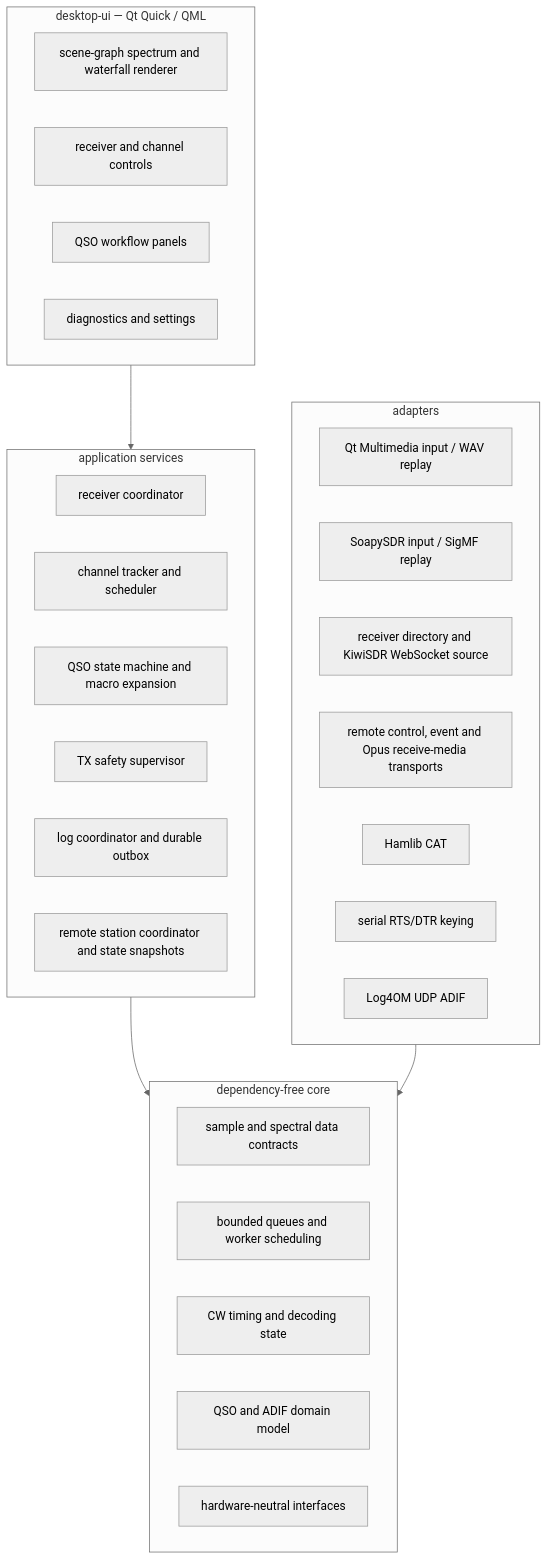
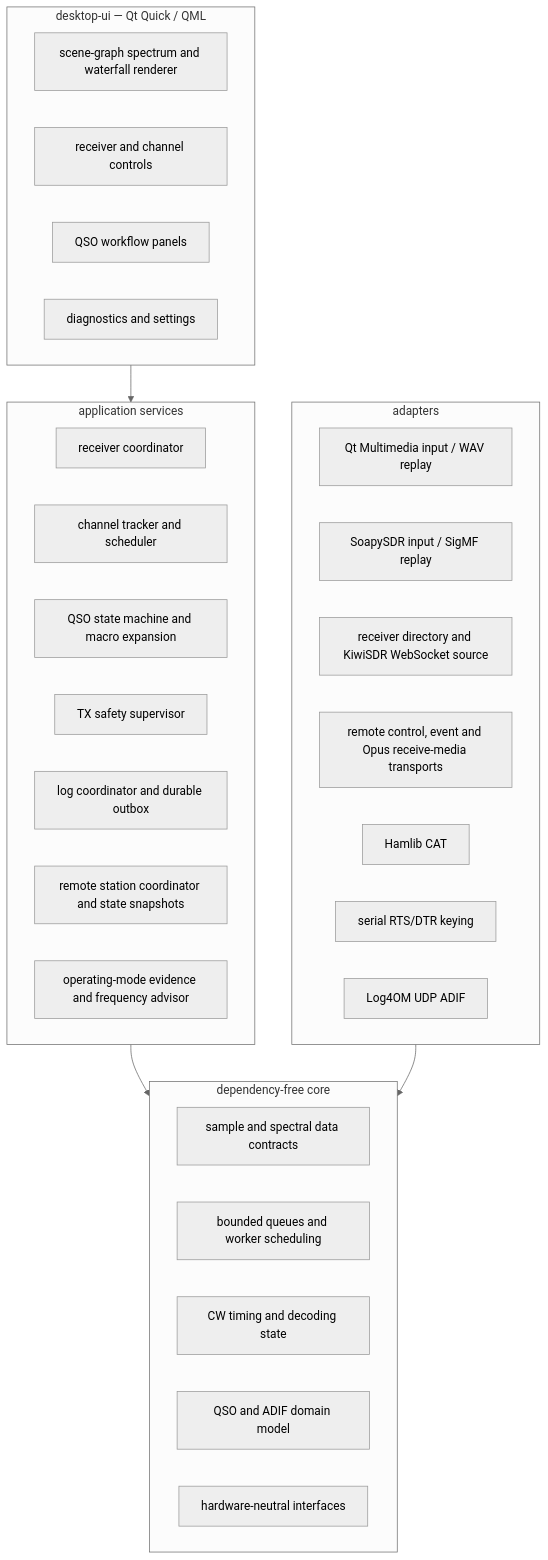
The first of 4 diagrams in docs/architecture.md (alessiobravi/CW-Assistant), drawn with Mermaid (neutral theme) before and after one commit. The commit also changed other lines of this file and 16 other files, not shown here.

````diff
--- a/docs/architecture.md
+++ b/docs/architecture.md
@@ -5,35 +5,36 @@
 ```mermaid
 flowchart TB
   subgraph UI["desktop-ui — Qt Quick / QML"]
     U1["scene-graph spectrum and waterfall renderer"]
     U2["receiver and channel controls"]
     U3["QSO workflow panels"]
     U4["diagnostics and settings"]
   end
   subgraph SVC["application services"]
     S1["receiver coordinator"]
     S2["channel tracker and scheduler"]
     S3["QSO state machine and macro expansion"]
     S4["TX safety supervisor"]
     S5["log coordinator and durable outbox"]
     S6["remote station coordinator and state snapshots"]
+    S7["operating-mode evidence and frequency advisor"]
   end
   subgraph CORE["dependency-free core"]
     C1["sample and spectral data contracts"]
     C2["bounded queues and worker scheduling"]
     C3["CW timing and decoding state"]
     C4["QSO and ADIF domain model"]
     C5["hardware-neutral interfaces"]
   end
   subgraph ADP["adapters"]
     A1["Qt Multimedia input / WAV replay"]
     A2["SoapySDR input / SigMF replay"]
     A3["receiver directory and KiwiSDR WebSocket source"]
     A4["remote control, event and Opus receive-media transports"]
     A5["Hamlib CAT"]
     A6["serial RTS/DTR keying"]
     A7["Log4OM UDP ADIF"]
   end
   UI --> SVC --> CORE
   ADP --> CORE
 ```
````
